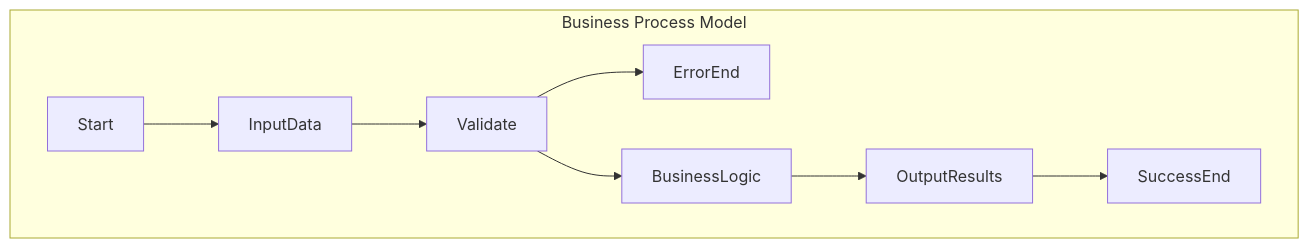
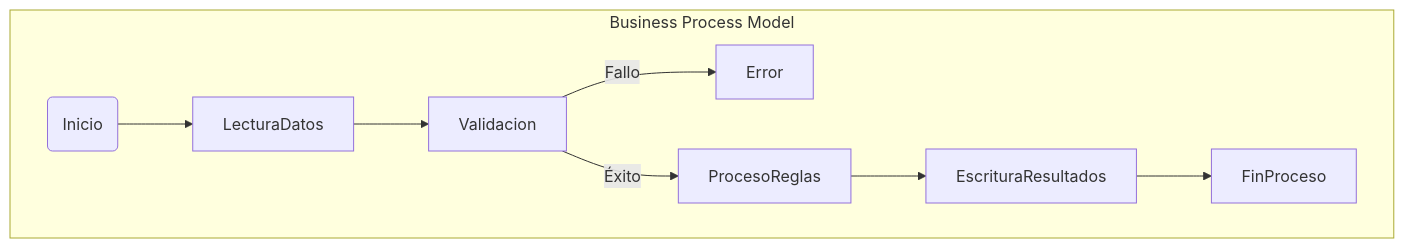
One commit to natperh/newCodes changed the diagram in SumaProject/docs/diagrama.mmd. Above: the diagram before and after it, drawn with Mermaid. The commit also changed 4 other files, not shown here.

```diff
--- a/SumaProject/docs/diagrama.mmd
+++ b/SumaProject/docs/diagrama.mmd
@@ -1,9 +1,9 @@
 graph TD
   subgraph "Business Process Model"
-    Start --> InputData
-    InputData --> Validate
-    Validate --> ErrorEnd
-    Validate --> BusinessLogic
-    BusinessLogic --> OutputResults
-    OutputResults --> SuccessEnd
+    ID(Inicio) --> LecturaDatos
+    LecturaDatos --> Validacion
+    Validacion -- Fallo --> Error
+    Validacion -- Éxito --> ProcesoReglas
+    ProcesoReglas --> EscrituraResultados
+    EscrituraResultados --> FinProceso
   end
```
